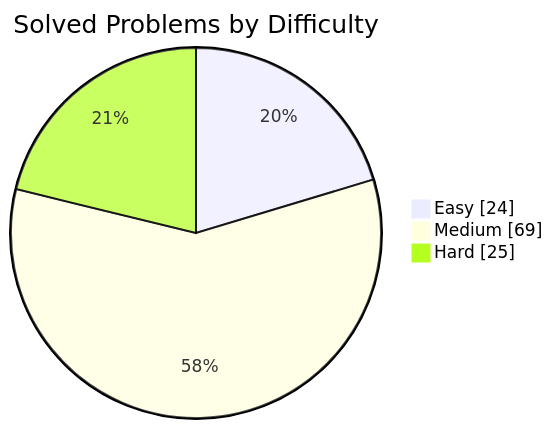
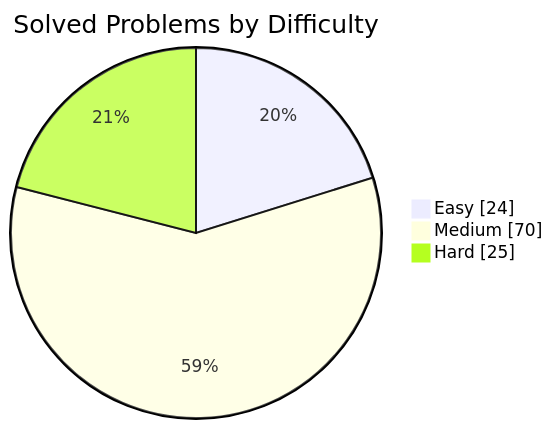
Before and after one commit to manikantbindass/DSA-Preparation-FAANG: the first of 2 diagrams in README.md, drawn with Mermaid. The commit also changed other lines of this file, not shown here.

````diff
--- a/README.md
+++ b/README.md
@@ -38,7 +38,7 @@
 ```mermaid
 pie showData
     title Solved Problems by Difficulty
     "Easy" : 24
-    "Medium" : 69
+    "Medium" : 70
     "Hard" : 25
 ```
````
